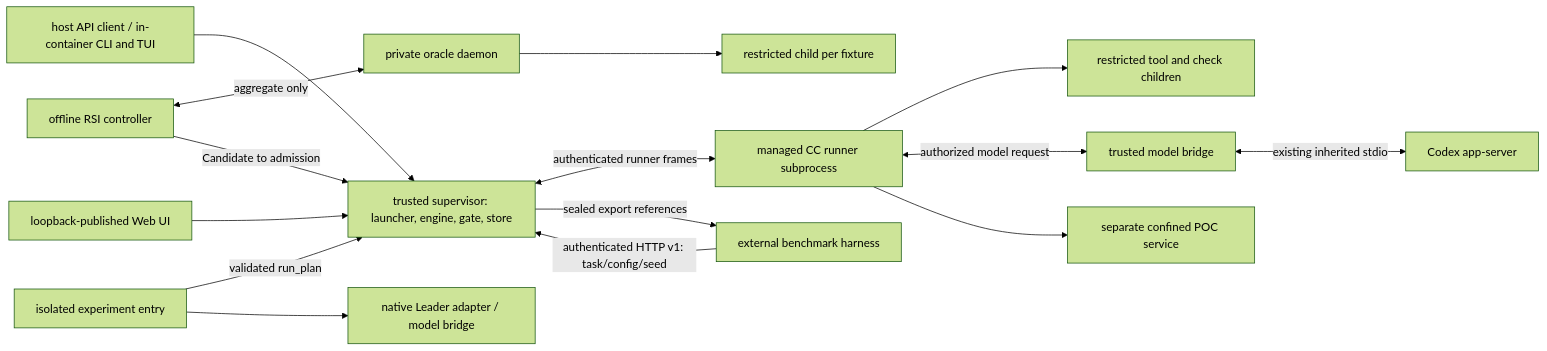
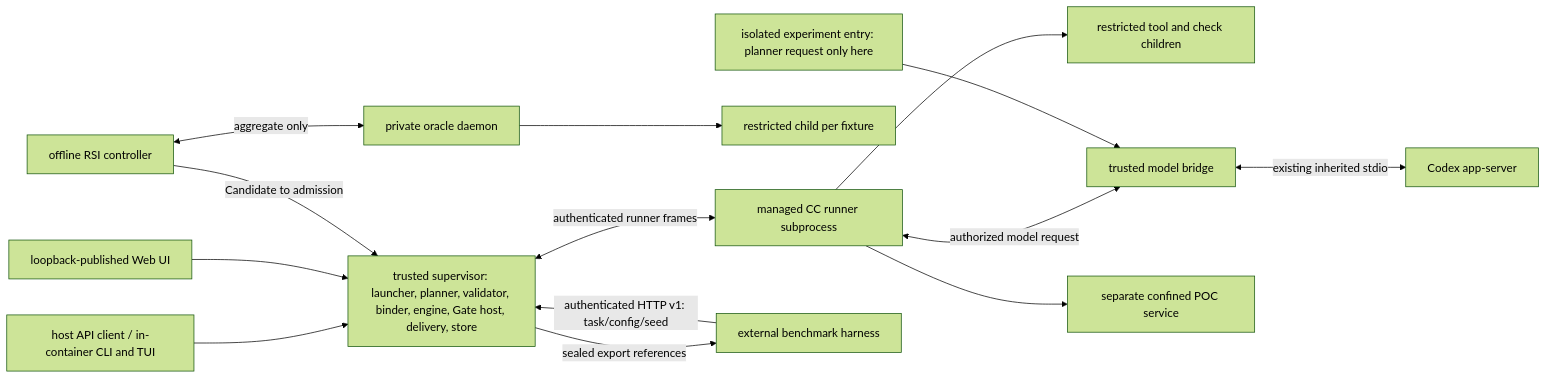
The diagram in docs/architecture/system/modules.md (Stellven/jiuwenswarm), drawn with Mermaid (forest theme) before and after one commit. The commit also changed other lines of this file and 324 other files, not shown here.

First line of the commit message:
Reorganize architecture library into one thin, current M1 design

````diff
--- a/docs/architecture/system/modules.md
+++ b/docs/architecture/system/modules.md
@@ -55,17 +132,16 @@
 ```mermaid
 flowchart LR
-    CLI["host API client / in-container CLI and TUI"] --> SUP["trusted supervisor: launcher, engine, gate, store"]
+    CLI["host API client / in-container CLI and TUI"] --> SUP["trusted supervisor: launcher, planner, validator, binder, engine, Gate host, delivery, store"]
     WEB["loopback-published Web UI"] --> SUP
     SUP <-->|"authenticated runner frames"| RUN["managed CC runner subprocess"]
     RUN --> TOOL["restricted tool and check children"]
     RUN <-->|"authorized model request"| MODEL["trusted model bridge"]
     MODEL <-->|"existing inherited stdio"| CODEX["Codex app-server"]
     RUN --> POC["separate confined POC service"]
     RSI["offline RSI controller"] <-->|"aggregate only"| ORA["private oracle daemon"]
     ORA --> CHILD["restricted child per fixture"]
     RSI -->|"Candidate to admission"| SUP
-    EXP["isolated experiment entry"] -->|"validated run_plan"| SUP
-    EXP --> LEAD["native Leader adapter / model bridge"]
+    EXP["isolated experiment entry: planner request only here"] --> MODEL
     HAR["external benchmark harness"] -->|"authenticated HTTP v1: task/config/seed"| SUP
     SUP -->|"sealed export references"| HAR
 ```
````
